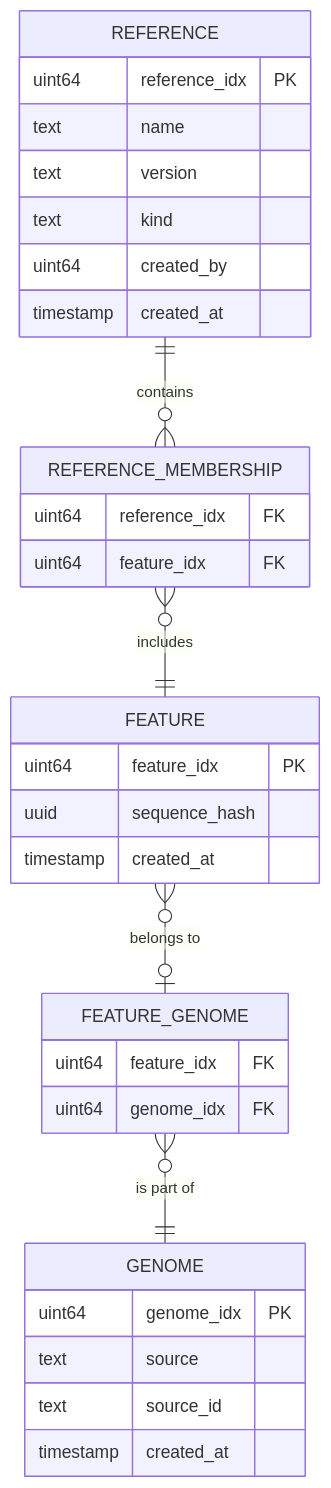
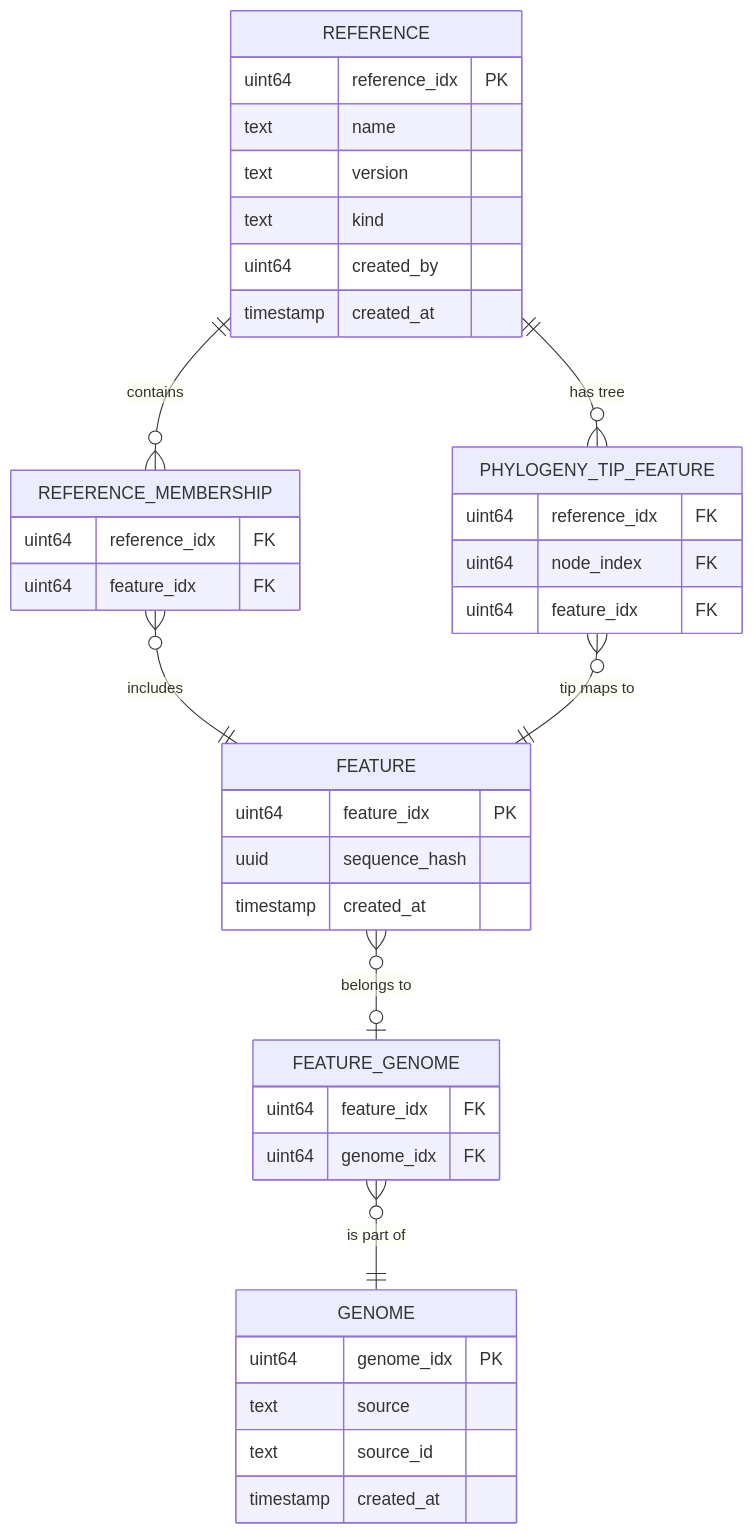
Before and after one commit to the-miint/Qiita: the second of 5 diagrams in docs/architecture.md, drawn with Mermaid. The commit also changed other lines of this file and 1 other file, not shown here.

First line of the commit message:
docs: add phylogeny_tip_feature junction table to reference design

````diff
--- a/docs/architecture.md
+++ b/docs/architecture.md
@@ -210,39 +210,47 @@
 ```mermaid
 erDiagram
     REFERENCE ||--o{ REFERENCE_MEMBERSHIP : contains
     REFERENCE_MEMBERSHIP }o--|| FEATURE : includes
     FEATURE }o--o| FEATURE_GENOME : "belongs to"
     FEATURE_GENOME }o--|| GENOME : "is part of"
+    REFERENCE ||--o{ PHYLOGENY_TIP_FEATURE : "has tree"
+    PHYLOGENY_TIP_FEATURE }o--|| FEATURE : "tip maps to"
 
     REFERENCE {
         uint64 reference_idx PK
         text name
         text version
         text kind
         uint64 created_by
         timestamp created_at
     }
 
     GENOME {
         uint64 genome_idx PK
         text source
         text source_id
         timestamp created_at
     }
 
     FEATURE {
         uint64 feature_idx PK
         uuid sequence_hash
         timestamp created_at
     }
 
     REFERENCE_MEMBERSHIP {
         uint64 reference_idx FK
         uint64 feature_idx FK
     }
 
     FEATURE_GENOME {
         uint64 feature_idx FK
         uint64 genome_idx FK
     }
+
+    PHYLOGENY_TIP_FEATURE {
+        uint64 reference_idx FK
+        uint64 node_index FK
+        uint64 feature_idx FK
+    }
 ```
````
